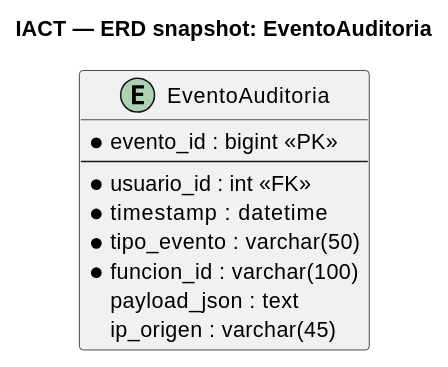
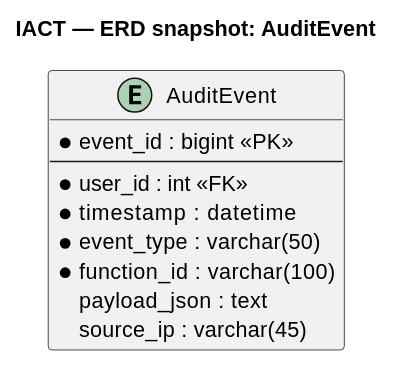
One commit to jcg-admin/IACT-docs changed the diagram in source/requisitos/_metodologia-aplicacion/analisis-dominio/primer-erd-iact-entidad-eventoauditoria.rst. Above: the diagram before and after it, drawn with PlantUML. The commit also changed 21 other files, not shown here.

```diff
--- a/source/requisitos/_metodologia-aplicacion/analisis-dominio/primer-erd-iact-entidad-eventoauditoria.rst
+++ b/source/requisitos/_metodologia-aplicacion/analisis-dominio/primer-erd-iact-entidad-eventoauditoria.rst
@@ -8,16 +8,16 @@
 .. uml::
 
    @startuml
-   title IACT — ERD snapshot: EventoAuditoria
+   title IACT — ERD snapshot: AuditEvent
 
-   entity EventoAuditoria {
-     * evento_id : bigint <<PK>>
+   entity AuditEvent {
+     * event_id : bigint <<PK>>
      --
-     * usuario_id : int <<FK>>
+     * user_id : int <<FK>>
      * timestamp : datetime
-     * tipo_evento : varchar(50)
-     * funcion_id : varchar(100)
+     * event_type : varchar(50)
+     * function_id : varchar(100)
      payload_json : text
-     ip_origen : varchar(45)
+     source_ip : varchar(45)
    }
    @enduml
```
